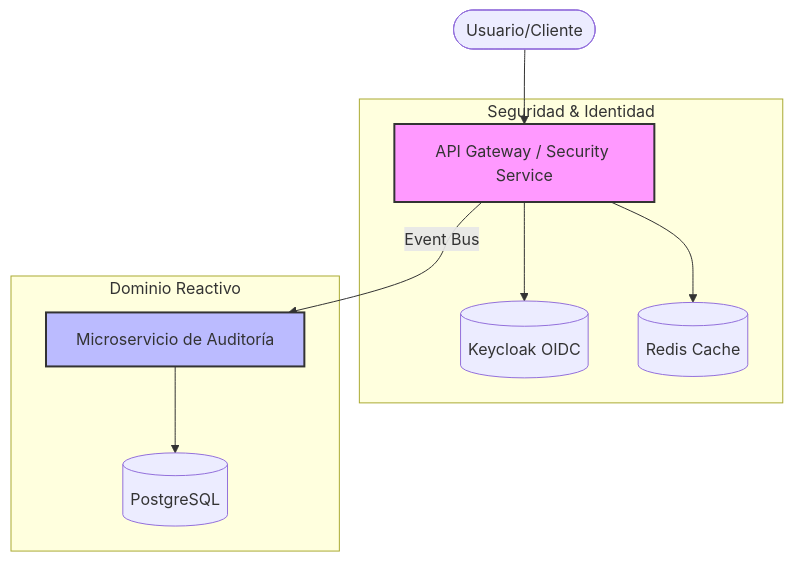
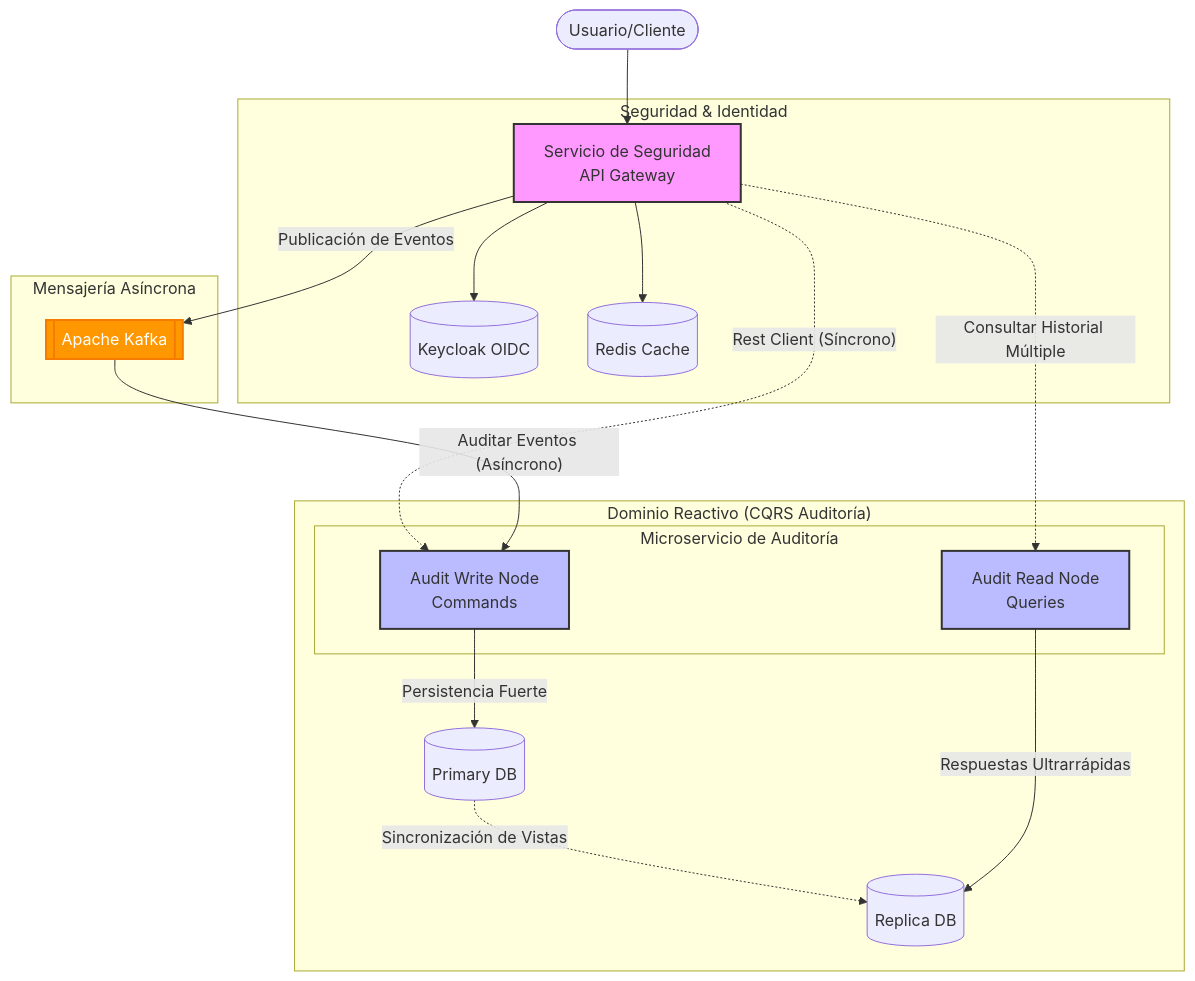
Before and after one commit to teamdroid-trainer/docs-docusaurus-trainer: the diagram in docs/backend-java-quarkus/intro.md, drawn with Mermaid. The commit also changed other lines of this file and 11 other files, not shown here.

````diff
--- a/docs/backend-java-quarkus/intro.md
+++ b/docs/backend-java-quarkus/intro.md
@@ -21,17 +21,34 @@
 ```mermaid
 graph TD
-    User([Usuario/Cliente]) --> Gateway[API Gateway / Security Service]
+    User([Usuario/Cliente]) --> Gateway[Servicio de Seguridad<br>API Gateway]
     
     subgraph "Seguridad & Identidad"
         Gateway --> Keycloak[(Keycloak OIDC)]
         Gateway --> Redis[(Redis Cache)]
     end
     
-    subgraph "Dominio Reactivo"
-        Gateway -- "Event Bus" --> Audit[Microservicio de Auditoría]
-        Audit --> Postgres[(PostgreSQL)]
+    subgraph "Mensajería Asíncrona"
+        Gateway -- "Publicación de Eventos" --> Kafka[[Apache Kafka]]
+    end
+    
+    subgraph "Dominio Reactivo (CQRS Auditoría)"
+        subgraph "Microservicio de Auditoría"
+            AuditWrite[Audit Write Node<br>Commands]
+            AuditRead[Audit Read Node<br>Queries]
+        end
+        
+        Gateway -. "Rest Client (Síncrono)" .-> AuditWrite
+        Kafka -- "Auditar Eventos (Asíncrono)" --> AuditWrite
+        
+        AuditWrite -- "Persistencia Fuerte" --> Postgres[(Primary DB)]
+        Postgres -. "Sincronización de Vistas" .-> ReplyDB[(Replica DB)]
+        
+        Gateway -. "Consultar Historial Múltiple" .-> AuditRead
+        AuditRead -- "Respuestas Ultrarrápidas" --> ReplyDB
     end
     
     style Gateway fill:#f9f,stroke:#333,stroke-width:2px
-    style Audit fill:#bbf,stroke:#333,stroke-width:2px
+    style AuditWrite fill:#bbf,stroke:#333,stroke-width:2px
+    style AuditRead fill:#bbf,stroke:#333,stroke-width:2px
+    style Kafka fill:#ff9800,stroke:#f57c00,stroke-width:2px,color:white
 ```
````
